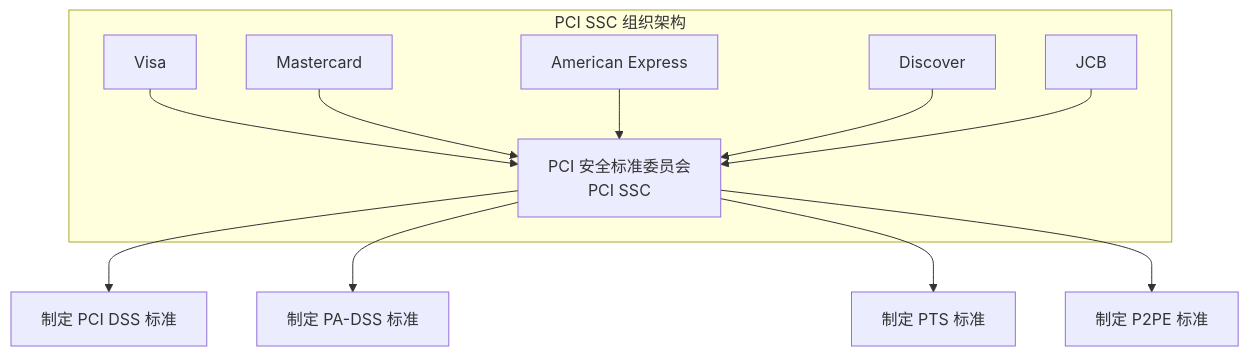
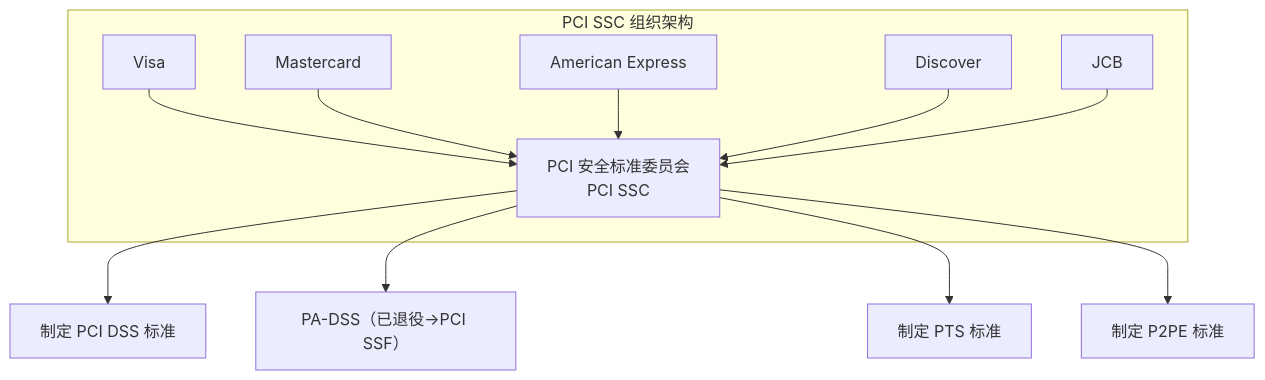
The first of 7 diagrams in docs/_posts/pci-dss-overview.md (zhaofutao04/zblog), drawn with Mermaid before and after one commit. The commit also changed 38 other files, not shown here.

````diff
--- a/docs/_posts/pci-dss-overview.md
+++ b/docs/_posts/pci-dss-overview.md
@@ -42,15 +42,15 @@
 ```mermaid
 flowchart TB
     subgraph "PCI SSC 组织架构"
         A[Visa] --> F[PCI 安全标准委员会<br/>PCI SSC]
         B[Mastercard] --> F
         C[American Express] --> F
         D[Discover] --> F
         E[JCB] --> F
     end
 
     F --> G[制定 PCI DSS 标准]
-    F --> H[制定 PA-DSS 标准]
+    F --> H["PA-DSS（已退役→PCI SSF）"]
     F --> I[制定 PTS 标准]
     F --> J[制定 P2PE 标准]
 ```
````
